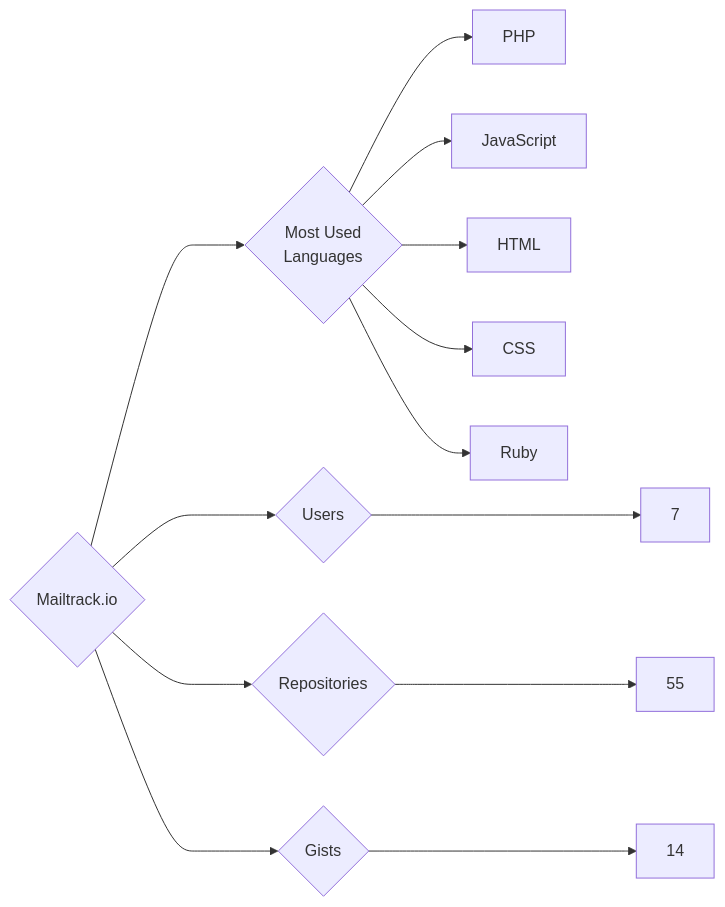
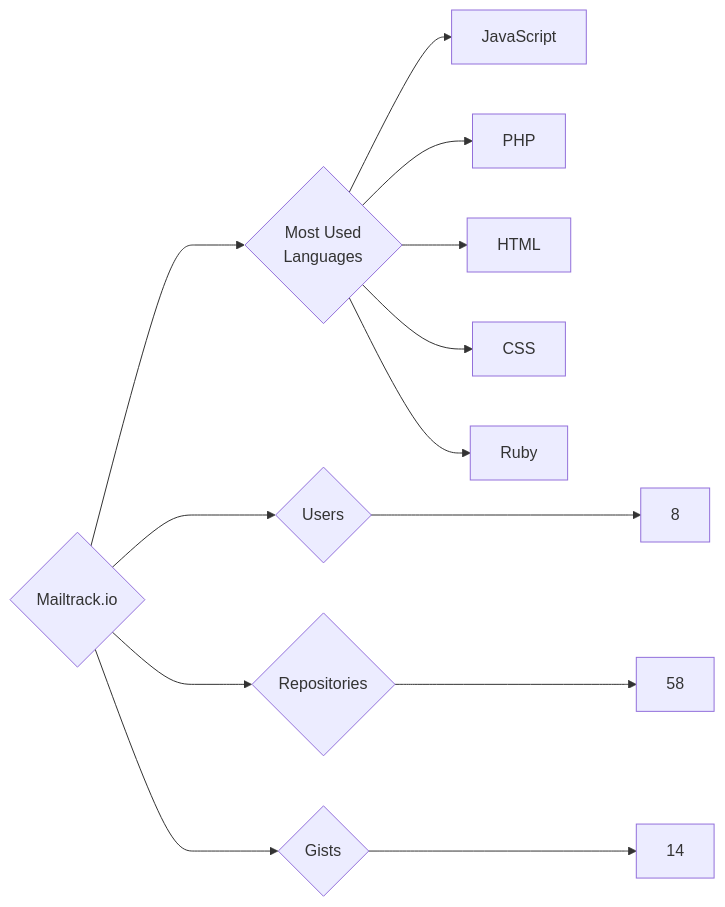
Before and after one commit to trickest/insiders: the diagram in targets/Mailtrack.io/README.md, drawn with Mermaid. The commit also changed 1248 other files, not shown here.

````diff
--- a/targets/Mailtrack.io/README.md
+++ b/targets/Mailtrack.io/README.md
@@ -3,13 +3,13 @@
 ```mermaid
 graph LR
 COMPANY_NAME{Mailtrack.io}
-COMPANY_NAME ---> U{Users} ---> UN[7]
-COMPANY_NAME ---> R{Repositories} ---> RN[55]
+COMPANY_NAME ---> U{Users} ---> UN[8]
+COMPANY_NAME ---> R{Repositories} ---> RN[58]
 COMPANY_NAME ---> G{Gists} ---> GN[14]
 COMPANY_NAME ---> ML{Most Used<br>Languages}
+ML --> JavaScript[JavaScript]
 ML --> PHP[PHP]
-ML --> JavaScript[JavaScript]
 ML --> HTML[HTML]
 ML --> CSS[CSS]
 ML --> Ruby[Ruby]
 ```
````
